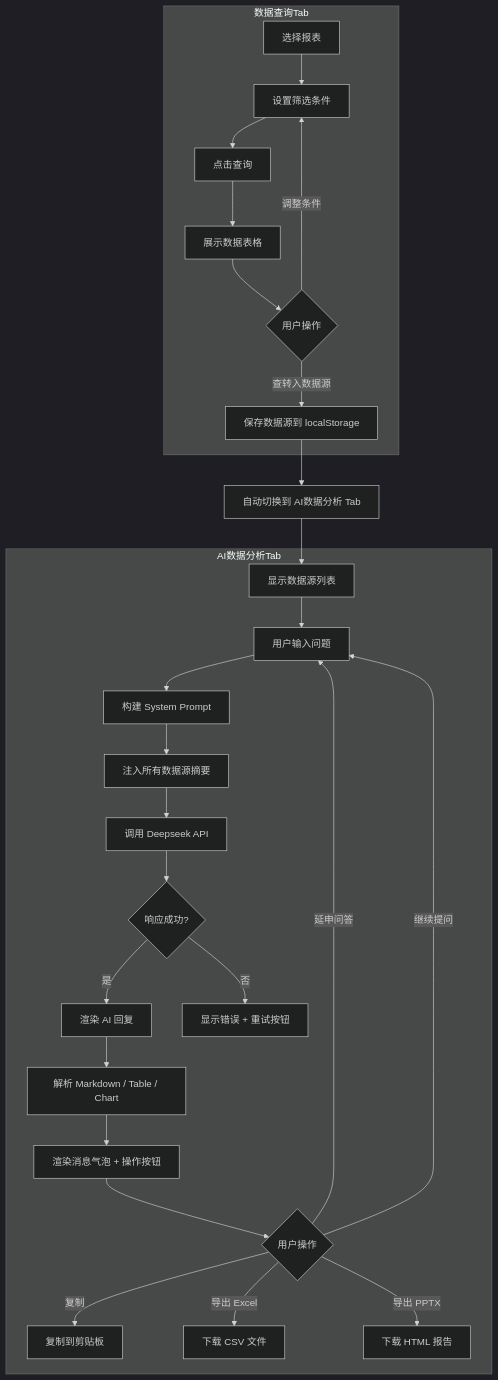
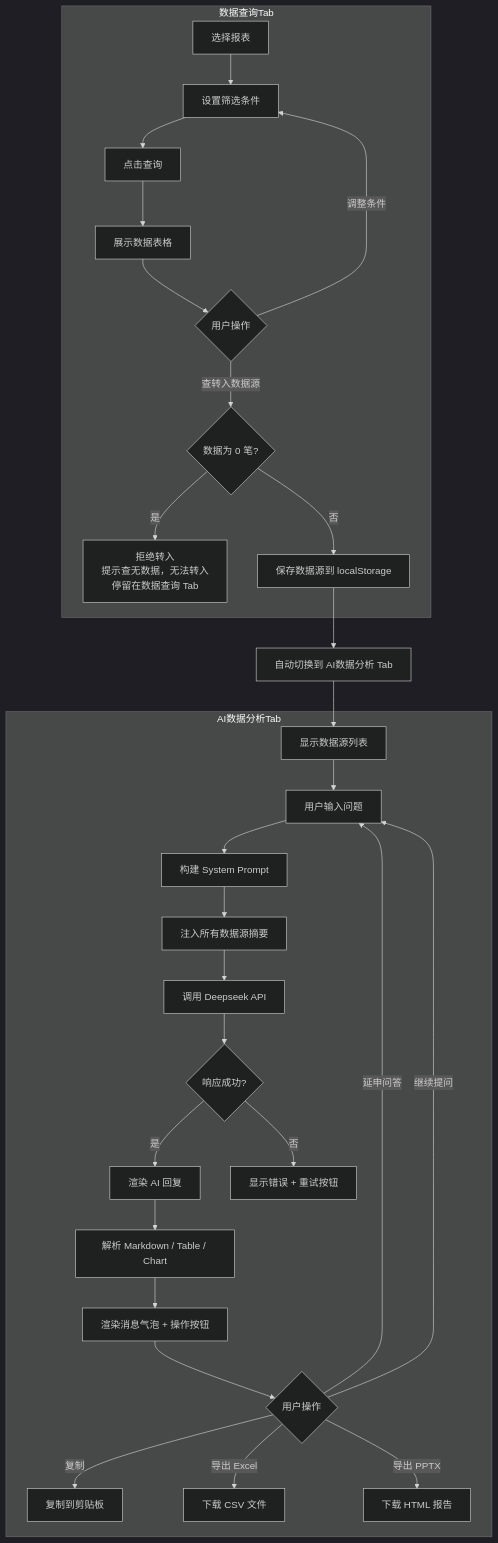
The sixth of 21 diagrams in 流程图.md (ksmingkimo/AsCoding), drawn with Mermaid (dark theme) before and after one commit. The commit also changed other lines of this file and 11 other files, not shown here.

````diff
--- a/流程图.md
+++ b/流程图.md
@@ -210,33 +210,35 @@
 ```mermaid
 flowchart TD
     subgraph 数据查询Tab
         A[选择报表] --> B[设置筛选条件]
         B --> C[点击查询]
         C --> D[展示数据表格]
         D --> E{用户操作}
         E -->|调整条件| B
-        E -->|查转入数据源| F[保存数据源到 localStorage]
+        E -->|查转入数据源| F0{数据为 0 笔?}
+        F0 -->|是| F9[拒绝转入<br/>提示查无数据，无法转入<br/>停留在数据查询 Tab]
+        F0 -->|否| F[保存数据源到 localStorage]
     end
 
     F --> G[自动切换到 AI数据分析 Tab]
 
     subgraph AI数据分析Tab
         H[显示数据源列表] --> I[用户输入问题]
         I --> J[构建 System Prompt]
         J --> K[注入所有数据源摘要]
         K --> L[调用 Deepseek API]
         L --> M{响应成功?}
         M -->|是| N[渲染 AI 回复]
         M -->|否| O[显示错误 + 重试按钮]
         N --> P[解析 Markdown / Table / Chart]
         P --> Q[渲染消息气泡 + 操作按钮]
         Q --> R{用户操作}
         R -->|复制| S[复制到剪贴板]
         R -->|延申问答| I
         R -->|导出 Excel| T[下载 CSV 文件]
         R -->|导出 PPTX| U[下载 HTML 报告]
         R -->|继续提问| I
     end
 
     G --> H
 ```
````
